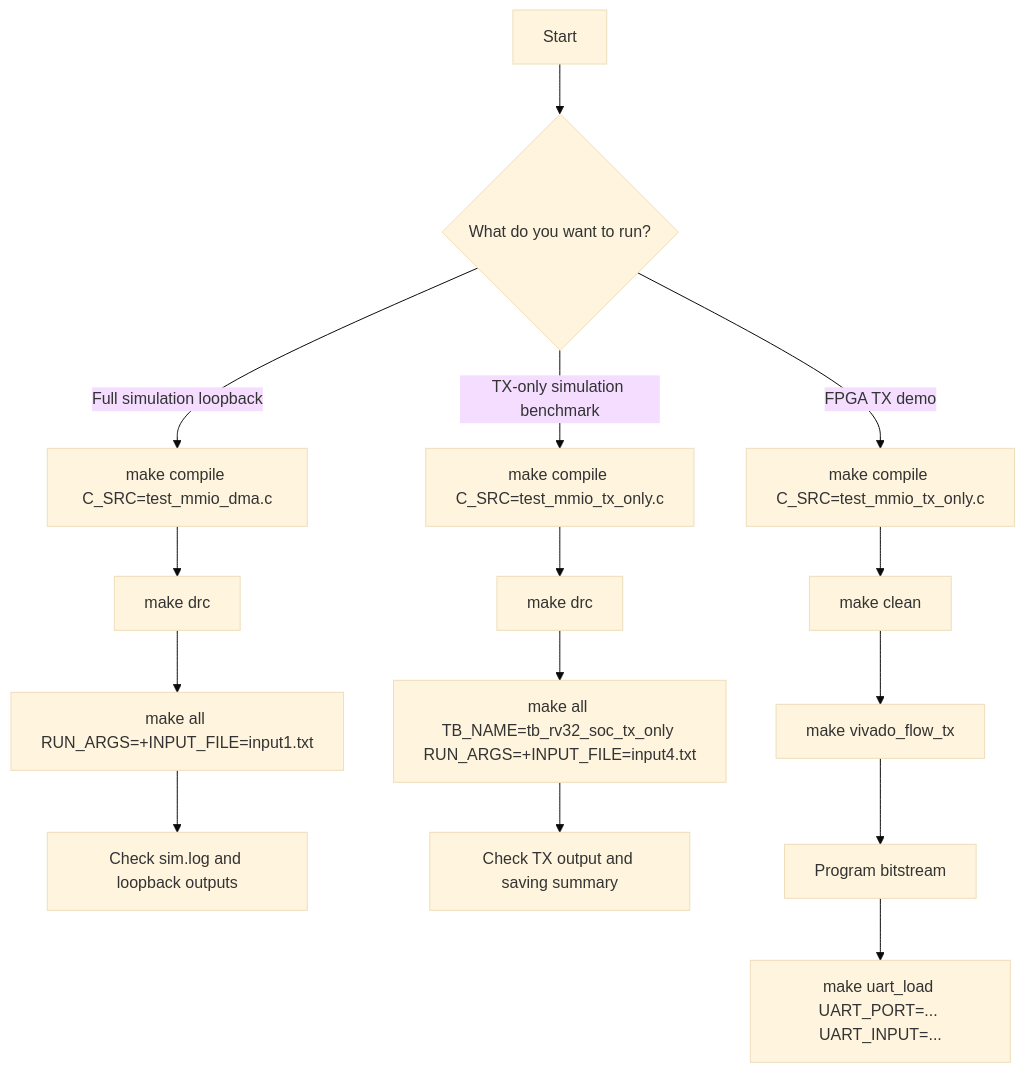
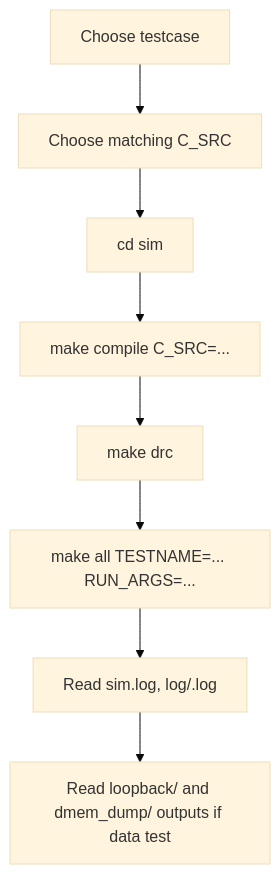
The first of 2 diagrams in docs/soc_usage_and_fpga_guide.md (ngoquocan139/AES_huffman_all6), drawn with Mermaid (base theme) before and after one commit. The commit also changed other lines of this file and 221 other files, not shown here.

````diff
--- a/docs/soc_usage_and_fpga_guide.md
+++ b/docs/soc_usage_and_fpga_guide.md
@@ -18,19 +26,10 @@
 ```mermaid
 flowchart TD
-  A["Start"] --> B{"What do you want to run?"}
-  B -->|"Full simulation loopback"| C["make compile C_SRC=test_mmio_dma.c"]
-  C --> D["make drc"]
-  D --> E["make all RUN_ARGS=+INPUT_FILE=input1.txt"]
-  E --> F["Check sim.log and loopback outputs"]
-
-  B -->|"TX-only simulation benchmark"| G["make compile C_SRC=test_mmio_tx_only.c"]
-  G --> H["make drc"]
-  H --> I["make all TB_NAME=tb_rv32_soc_tx_only RUN_ARGS=+INPUT_FILE=input4.txt"]
-  I --> J["Check TX output and saving summary"]
-
-  B -->|"FPGA TX demo"| K["make compile C_SRC=test_mmio_tx_only.c"]
-  K --> L["make clean"]
-  L --> M["make vivado_flow_tx"]
-  M --> N["Program bitstream"]
-  N --> O["make uart_load UART_PORT=... UART_INPUT=..."]
+  A["Choose testcase"] --> B["Choose matching C_SRC"]
+  B --> C["cd sim"]
+  C --> D["make compile C_SRC=..."]
+  D --> E["make drc"]
+  E --> F["make all TESTNAME=... RUN_ARGS=..."]
+  F --> G["Read sim.log, log/<TESTNAME>.log"]
+  G --> H["Read loopback/ and dmem_dump/ outputs if data test"]
 ```
````
